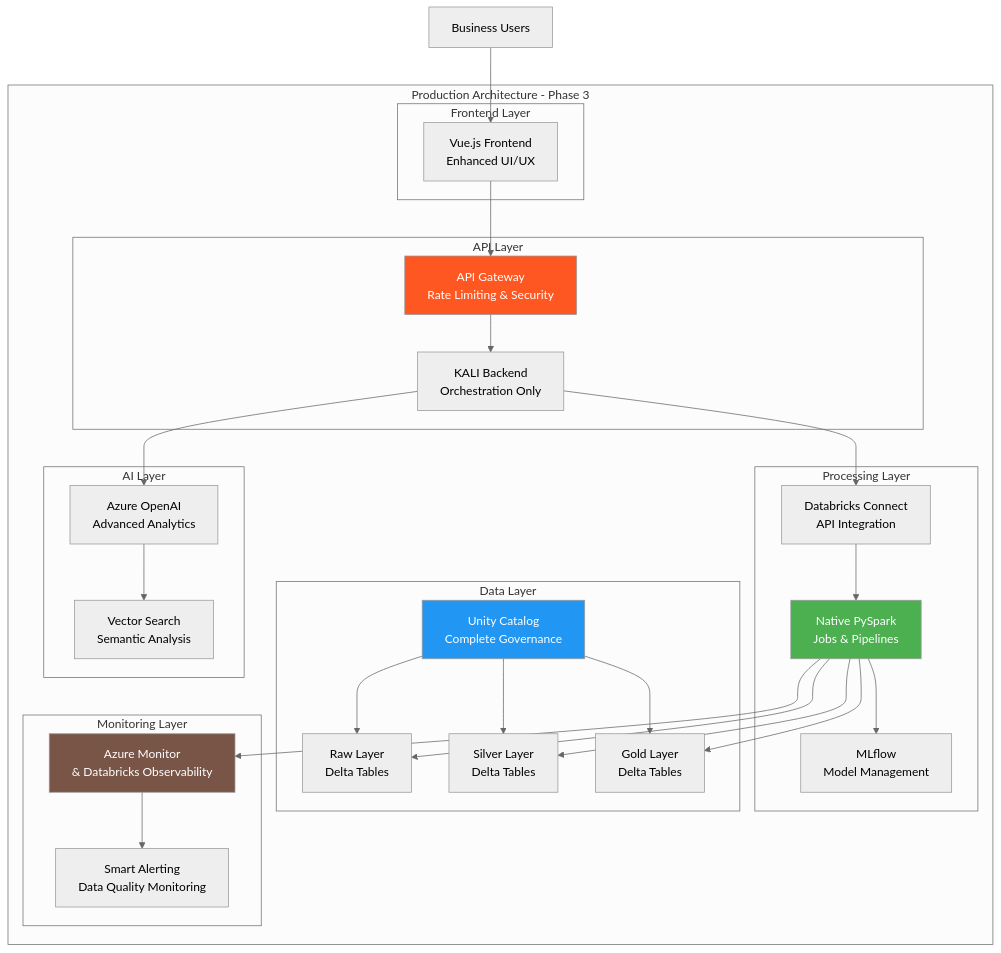
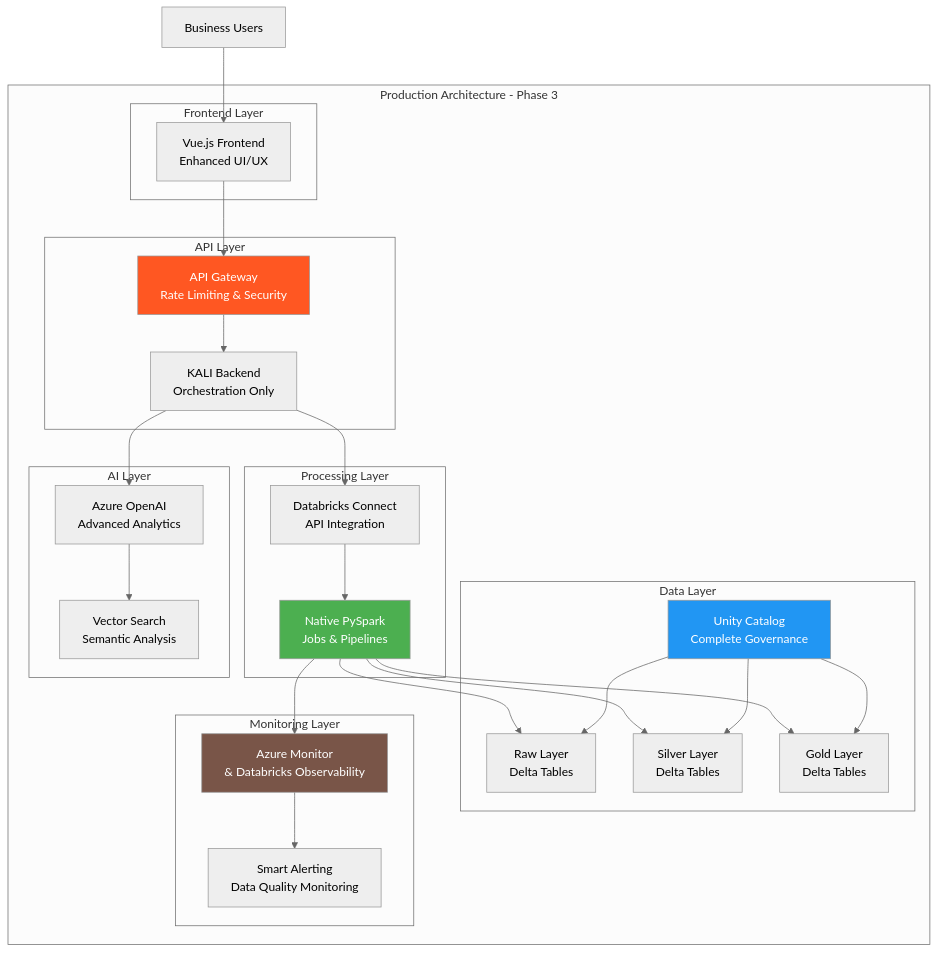
One commit to digitranslab/dblock changed the fifth of 7 diagrams in architecture.md. Above: the diagram before and after it, drawn with Mermaid (neutral theme). The commit also changed other lines of this file, not shown here.

````diff
--- a/architecture.md
+++ b/architecture.md
@@ -358,58 +356,56 @@
 ```mermaid
 graph TB
     subgraph "Production Architecture - Phase 3"
         subgraph "Frontend Layer"
             UI[Vue.js Frontend<br/>Enhanced UI/UX]
         end
         
         subgraph "API Layer"
             Backend[KALI Backend<br/>Orchestration Only]
             Gateway[API Gateway<br/>Rate Limiting & Security]
         end
         
         subgraph "Processing Layer"
             DBConnect[Databricks Connect<br/>API Integration]
             NativeSpark[Native PySpark<br/>Jobs & Pipelines]
-            MLFlow[MLflow<br/>Model Management]
         end
         
         subgraph "Data Layer"
             Raw[Raw Layer<br/>Delta Tables]
             Silver[Silver Layer<br/>Delta Tables]
             Gold[Gold Layer<br/>Delta Tables]
             Unity[Unity Catalog<br/>Complete Governance]
         end
         
         subgraph "AI Layer"
             OpenAI[Azure OpenAI<br/>Advanced Analytics]
             Vector[Vector Search<br/>Semantic Analysis]
         end
         
         subgraph "Monitoring Layer"
             Monitoring[Azure Monitor<br/>& Databricks Observability]
             Alerts[Smart Alerting<br/>Data Quality Monitoring]
         end
     end
     
     User[Business Users] --> UI
     UI --> Gateway
     Gateway --> Backend
     Backend --> DBConnect
     DBConnect --> NativeSpark
     NativeSpark --> Raw
     NativeSpark --> Silver
     NativeSpark --> Gold
     Unity --> Raw
     Unity --> Silver
     Unity --> Gold
     Backend --> OpenAI
     OpenAI --> Vector
-    NativeSpark --> MLFlow
     NativeSpark --> Monitoring
     Monitoring --> Alerts
     
     style NativeSpark fill:#4caf50,color:#fff
     style Unity fill:#2196f3,color:#fff
     style Gateway fill:#ff5722,color:#fff
     style Monitoring fill:#795548,color:#fff
 ```
````
